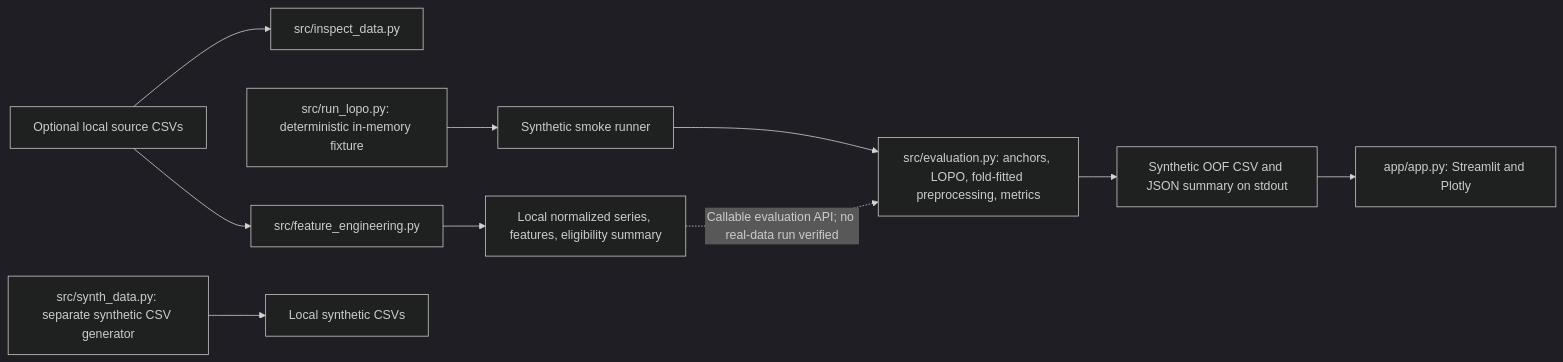
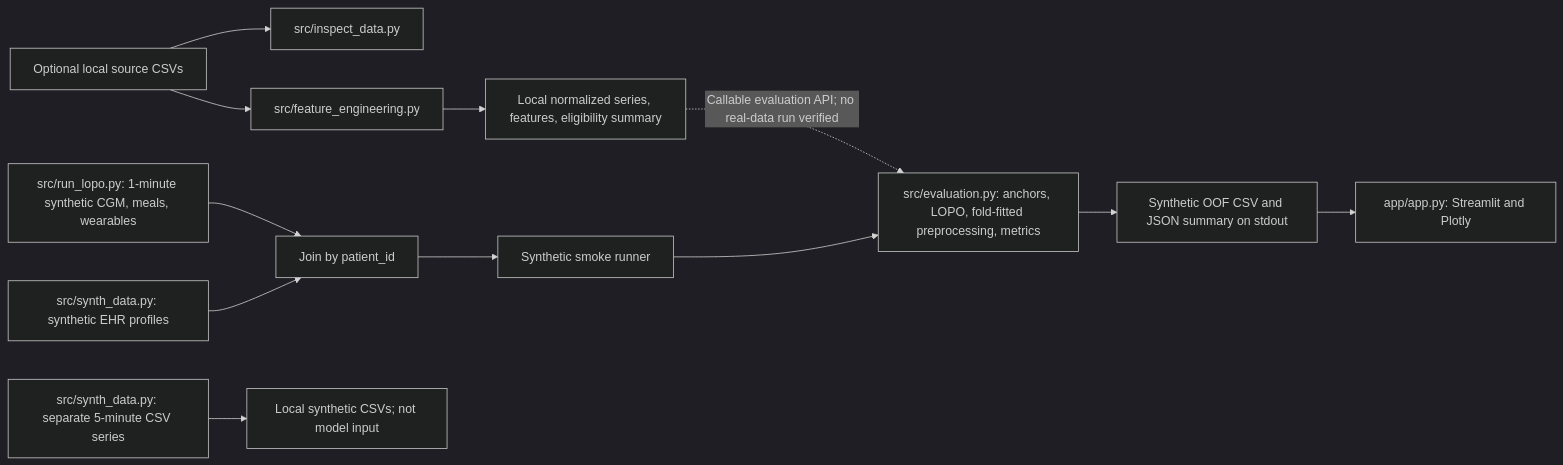
The diagram in docs/competition_submission.md (AP24110011041/glucotwin-india), drawn with Mermaid (dark theme) before and after one commit. The commit also changed other lines of this file and 14 other files, not shown here.

Commit message:
Integrate synthetic EHR and signal streams

````diff
--- a/docs/competition_submission.md
+++ b/docs/competition_submission.md
@@ -7,12 +7,14 @@
 ```mermaid
 flowchart LR
     Source["Optional local source CSVs"] --> Inspect["src/inspect_data.py"]
     Source --> Engineer["src/feature_engineering.py"]
     Engineer --> LocalFeatures["Local normalized series, features, eligibility summary"]
-    Synthetic["src/run_lopo.py: deterministic in-memory fixture"] --> Runner["Synthetic smoke runner"]
-    Generator["src/synth_data.py: separate synthetic CSV generator"] --> SyntheticFiles["Local synthetic CSVs"]
+    Profiles["src/synth_data.py: synthetic EHR profiles"] --> Join["Join by patient_id"]
+    Dynamic["src/run_lopo.py: 1-minute synthetic CGM, meals, wearables"] --> Join
+    Join --> Runner["Synthetic smoke runner"]
+    Generator["src/synth_data.py: separate 5-minute CSV series"] --> SyntheticFiles["Local synthetic CSVs; not model input"]
     Runner --> Eval["src/evaluation.py: anchors, LOPO, fold-fitted preprocessing, metrics"]
     Eval --> Artifacts["Synthetic OOF CSV and JSON summary on stdout"]
     Artifacts --> Dashboard["app/app.py: Streamlit and Plotly"]
     LocalFeatures -. "Callable evaluation API; no real-data run verified" .-> Eval
 ```
````
